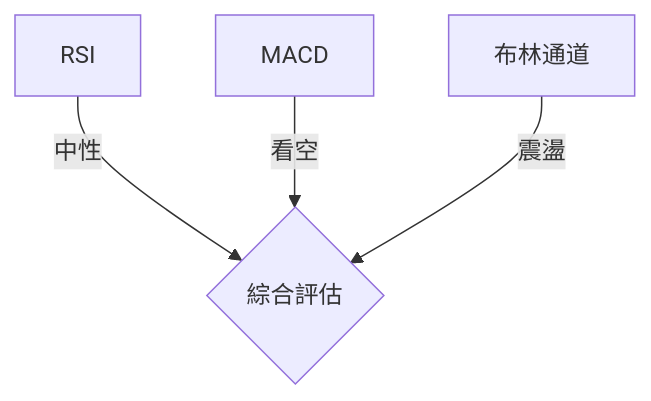
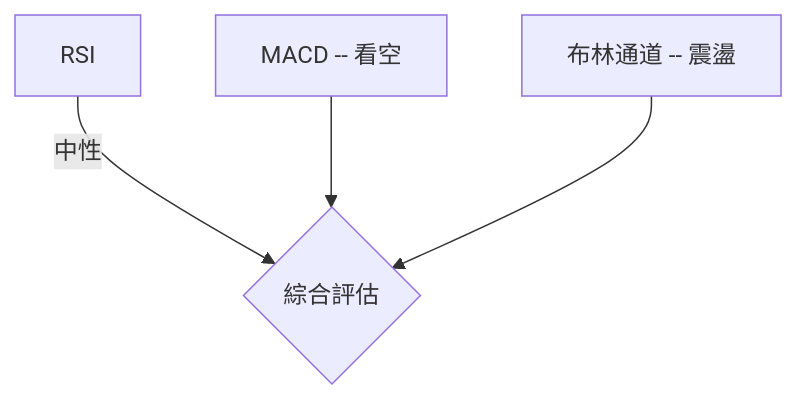
The fifth of 10 diagrams in ai_gen_report/stock/onds/technical_analysis_2026-03-29_openai.md (yennanliu/finance_data), drawn with Mermaid before and after one commit. The commit also changed other lines of this file and 2258 other files, not shown here.

First line of the commit message:
chore: backfill Mermaid syntax repair across existing reports

````diff
--- a/ai_gen_report/stock/onds/technical_analysis_2026-03-29_openai.md
+++ b/ai_gen_report/stock/onds/technical_analysis_2026-03-29_openai.md
@@ -213,6 +213,6 @@
 ```mermaid
 graph TD
     RSI -- 中性 --> 總結{"綜合評估"}
-    MACD -- 看空 --> 總結
-    布林通道 -- 震盪 --> 總結
+    nb1["MACD -- 看空"] --> 總結
+    nb2["布林通道 -- 震盪"] --> 總結
 ```
````
